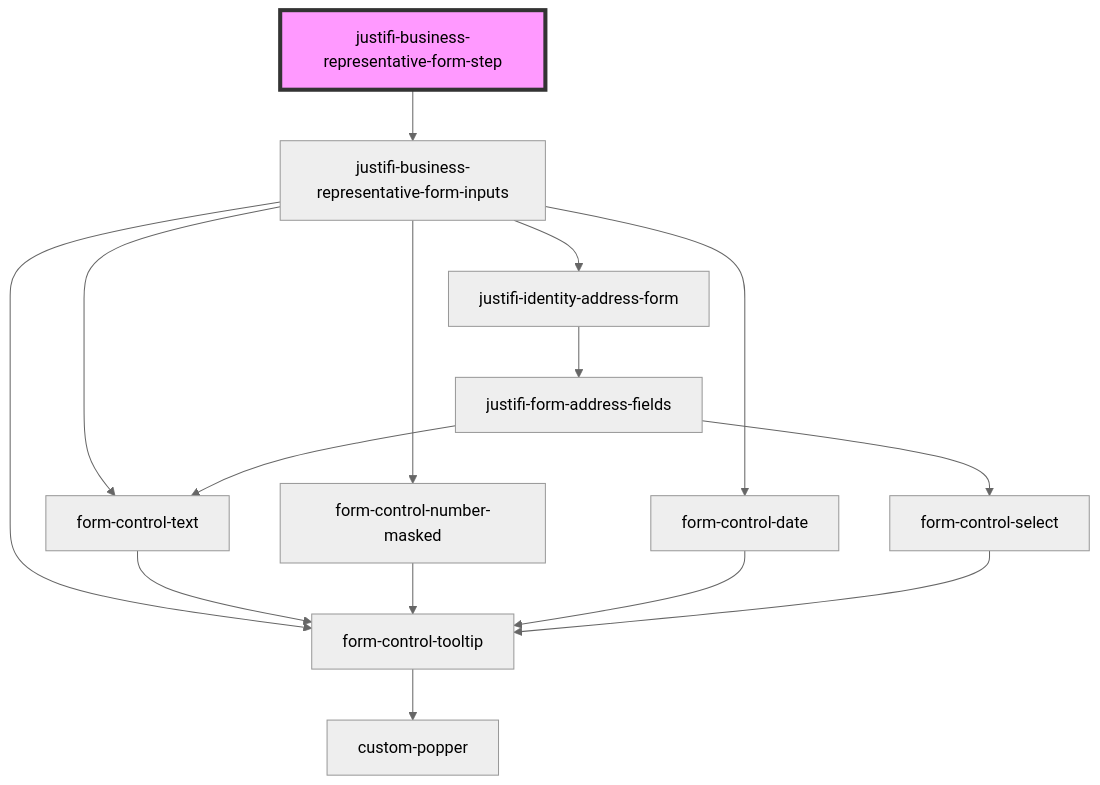
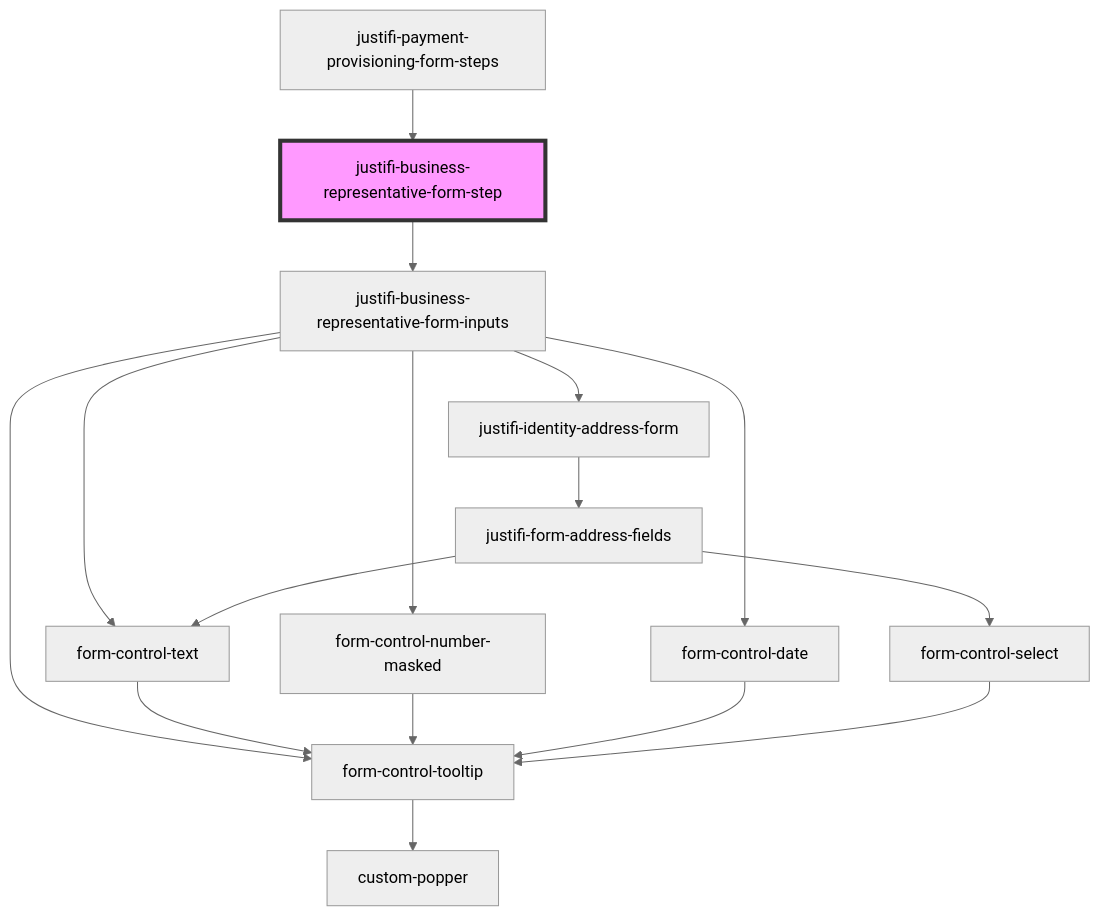
Before and after one commit to justifi-tech/web-component-library: the diagram in packages/webcomponents/src/components/business-forms/payment-provisioning/business-representative/README.md, drawn with Mermaid (neutral theme). The commit also changed other lines of this file and 3 other files, not shown here.

````diff
--- a/packages/webcomponents/src/components/business-forms/payment-provisioning/business-representative/README.md
+++ b/packages/webcomponents/src/components/business-forms/payment-provisioning/business-representative/README.md
@@ -53,18 +57,19 @@
 ```mermaid
 graph TD;
   justifi-business-representative-form-step --> justifi-business-representative-form-inputs
   justifi-business-representative-form-inputs --> form-control-tooltip
   justifi-business-representative-form-inputs --> form-control-text
   justifi-business-representative-form-inputs --> form-control-number-masked
   justifi-business-representative-form-inputs --> form-control-date
   justifi-business-representative-form-inputs --> justifi-identity-address-form
   form-control-tooltip --> custom-popper
   form-control-text --> form-control-tooltip
   form-control-number-masked --> form-control-tooltip
   form-control-date --> form-control-tooltip
   justifi-identity-address-form --> justifi-form-address-fields
   justifi-form-address-fields --> form-control-text
   justifi-form-address-fields --> form-control-select
   form-control-select --> form-control-tooltip
+  justifi-payment-provisioning-form-steps --> justifi-business-representative-form-step
   style justifi-business-representative-form-step fill:#f9f,stroke:#333,stroke-width:4px
 ```
````
